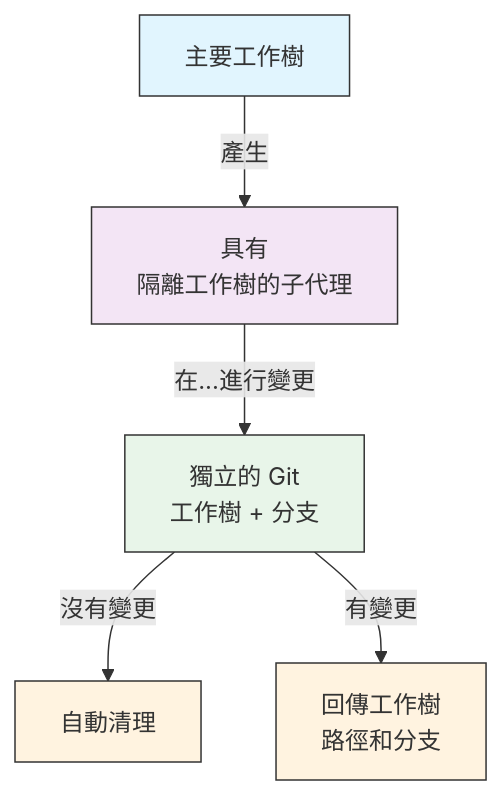
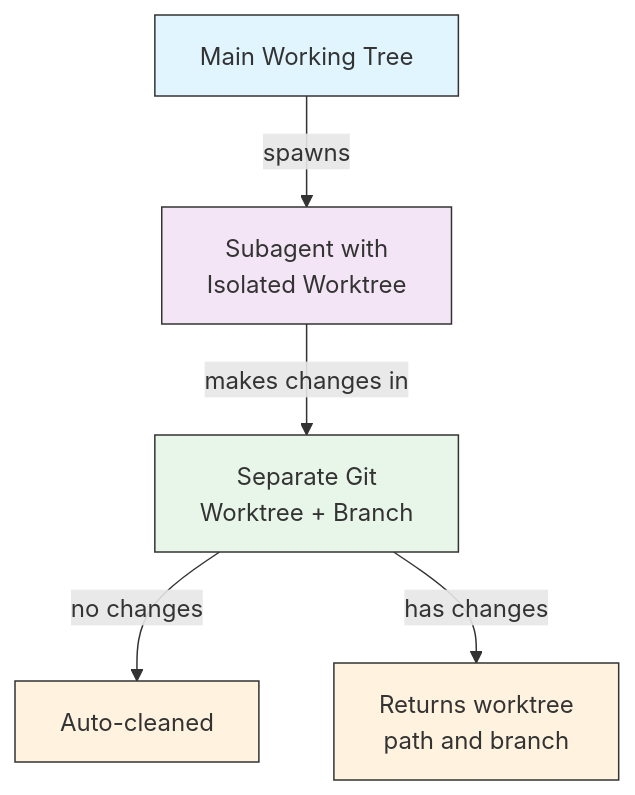
The second of 7 diagrams in 04-subagents/README.md (huckly/claude-howto-zh-tw), drawn with Mermaid before and after one commit. The commit also changed other lines of this file, not shown here.

````diff
--- a/04-subagents/README.md
+++ b/04-subagents/README.md
@@ -498,13 +517,13 @@
 ```mermaid
 graph TB
-    Main["主要工作樹"] -->|產生| Sub["具有<br/>隔離工作樹的子代理"]
-    Sub -->|在...進行變更| WT["獨立的 Git<br/>工作樹 + 分支"]
-    WT -->|沒有變更| Clean["自動清理"]
-    WT -->|有變更| Return["回傳工作樹<br/>路徑和分支"]
+    Main["Main Working Tree"] -->|spawns| Sub["Subagent with<br/>Isolated Worktree"]
+    Sub -->|makes changes in| WT["Separate Git<br/>Worktree + Branch"]
+    WT -->|no changes| Clean["Auto-cleaned"]
+    WT -->|has changes| Return["Returns worktree<br/>path and branch"]
 
     style Main fill:#e1f5fe,stroke:#333,color:#333
     style Sub fill:#f3e5f5,stroke:#333,color:#333
     style WT fill:#e8f5e9,stroke:#333,color:#333
     style Clean fill:#fff3e0,stroke:#333,color:#333
     style Return fill:#fff3e0,stroke:#333,color:#333
 ```
````
